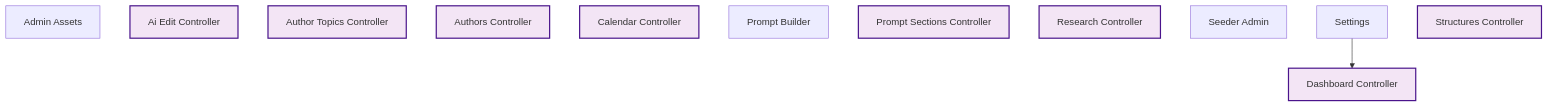
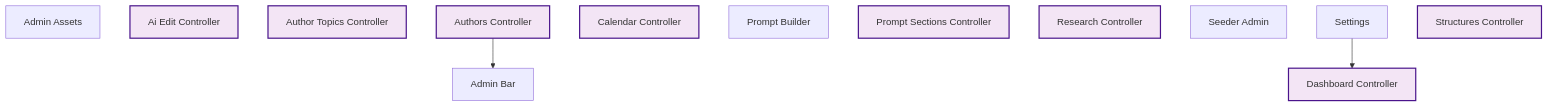
Before and after one commit to rpnunez/wp-ai-scheduler: the sixth of 10 diagrams in docs/feature-report.md, drawn with Mermaid. The commit also changed other lines of this file, not shown here.

````diff
--- a/docs/feature-report.md
+++ b/docs/feature-report.md
@@ -271,24 +272,26 @@
 ```mermaid
 flowchart TD
     %% User Interface Architecture
 
     Admin_Assets["Admin Assets"]
+    Admin_Bar["Admin Bar"]
     AI_Edit_Controller["Ai Edit Controller"]
     Author_Topics_Controller["Author Topics Controller"]
     Authors_Controller["Authors Controller"]
     Calendar_Controller["Calendar Controller"]
     Dashboard_Controller["Dashboard Controller"]
     Prompt_Builder["Prompt Builder"]
     Prompt_Sections_Controller["Prompt Sections Controller"]
     Research_Controller["Research Controller"]
     Seeder_Admin["Seeder Admin"]
     Settings["Settings"]
     Structures_Controller["Structures Controller"]
 
+    Authors_Controller --> Admin_Bar
     Settings --> Dashboard_Controller
 
     classDef repository fill:#e1f5ff,stroke:#01579b,stroke-width:2px
     classDef service fill:#fff3e0,stroke:#e65100,stroke-width:2px
     classDef controller fill:#f3e5f5,stroke:#4a148c,stroke-width:2px
     class AI_Edit_Controller,Author_Topics_Controller,Authors_Controller,Calendar_Controller,Dashboard_Controller,Prompt_Sections_Controller,Research_Controller,Structures_Controller controller
 ```
````
